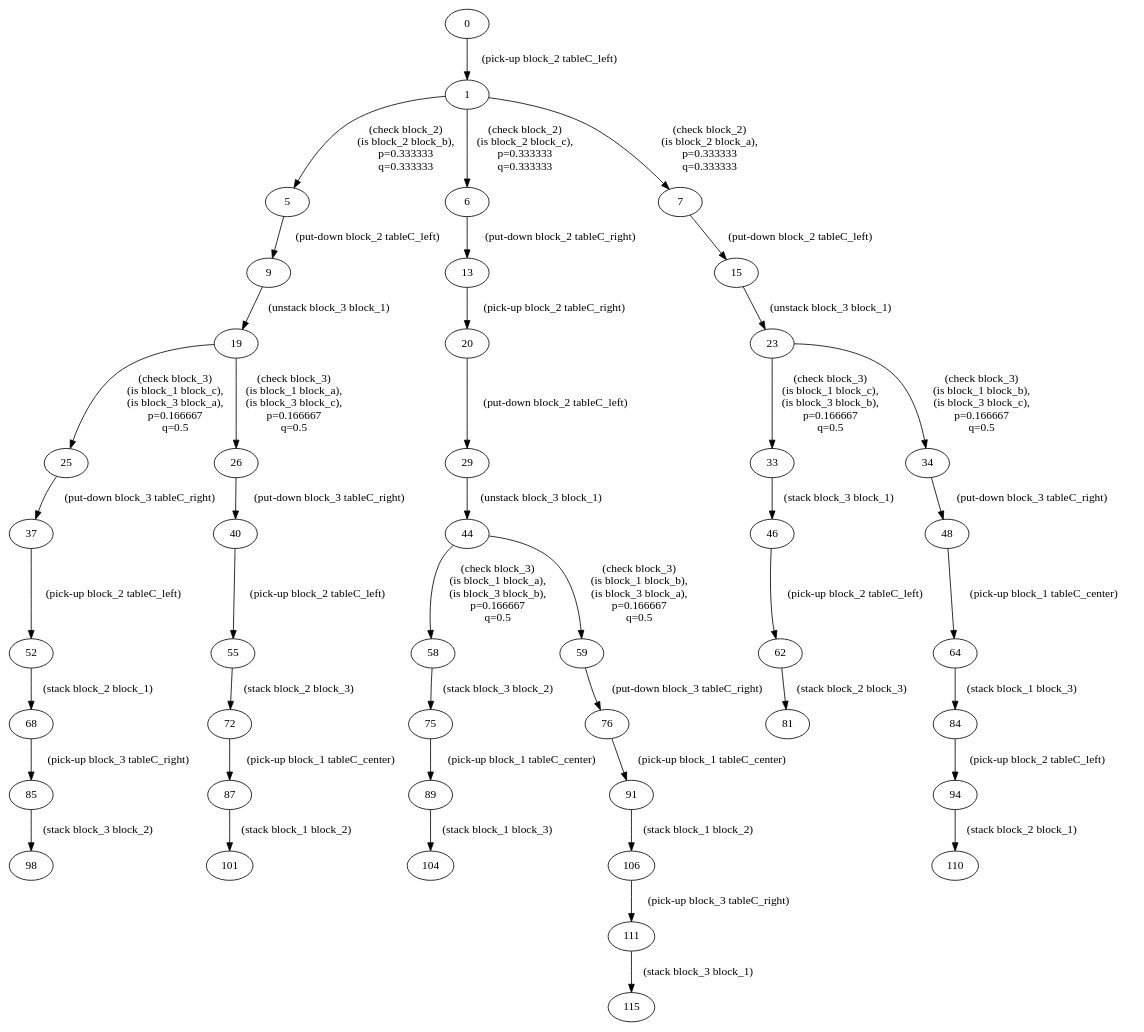
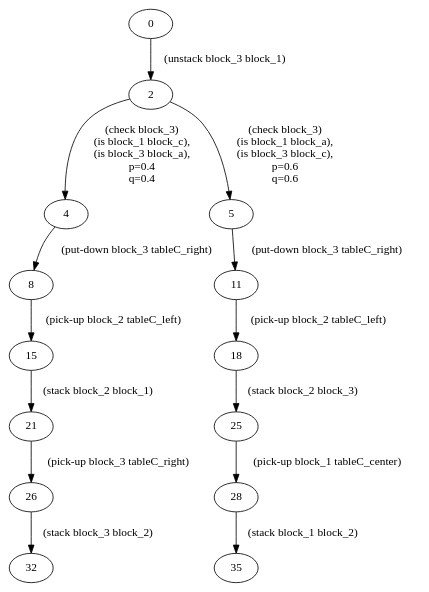
One commit to cambyse/PO-LGP changed the diagram in share/projects/17-camille-obsTask/apps/lgp-tree-po-blocks_mlr/policy-0.gv. Above: the diagram before and after it, drawn with Graphviz. The commit also changed 6 other files, not shown here.

```diff
--- a/share/projects/17-camille-obsTask/apps/lgp-tree-po-blocks_mlr/policy-0.gv
+++ b/share/projects/17-camille-obsTask/apps/lgp-tree-po-blocks_mlr/policy-0.gv
@@ -1,79 +1,23 @@
 digraph g{
-0->1 [ label="(pick-up block_2 tableC_left)" ];
-1->5 [ label="(check block_2)
-(is block_2 block_b),
-p=0.333333
-q=0.333333" ];
-5->9 [ label="(put-down block_2 tableC_left)" ];
-9->19 [ label="(unstack block_3 block_1)" ];
-19->25 [ label="(check block_3)
+0->2 [ label="(unstack block_3 block_1)" ];
+2->4 [ label="(check block_3)
 (is block_1 block_c),
 (is block_3 block_a),
-p=0.166667
-q=0.5" ];
-25->37 [ label="(put-down block_3 tableC_right)" ];
-37->52 [ label="(pick-up block_2 tableC_left)" ];
-52->68 [ label="(stack block_2 block_1)" ];
-68->85 [ label="(pick-up block_3 tableC_right)" ];
-85->98 [ label="(stack block_3 block_2)" ];
-19->26 [ label="(check block_3)
+p=0.4
+q=0.4" ];
+4->8 [ label="(put-down block_3 tableC_right)" ];
+8->15 [ label="(pick-up block_2 tableC_left)" ];
+15->21 [ label="(stack block_2 block_1)" ];
+21->26 [ label="(pick-up block_3 tableC_right)" ];
+26->32 [ label="(stack block_3 block_2)" ];
+2->5 [ label="(check block_3)
 (is block_1 block_a),
 (is block_3 block_c),
-p=0.166667
-q=0.5" ];
-26->40 [ label="(put-down block_3 tableC_right)" ];
-40->55 [ label="(pick-up block_2 tableC_left)" ];
-55->72 [ label="(stack block_2 block_3)" ];
-72->87 [ label="(pick-up block_1 tableC_center)" ];
-87->101 [ label="(stack block_1 block_2)" ];
-1->6 [ label="(check block_2)
-(is block_2 block_c),
-p=0.333333
-q=0.333333" ];
-6->13 [ label="(put-down block_2 tableC_right)" ];
-13->20 [ label="(pick-up block_2 tableC_right)" ];
-20->29 [ label="(put-down block_2 tableC_left)" ];
-29->44 [ label="(unstack block_3 block_1)" ];
-44->58 [ label="(check block_3)
-(is block_1 block_a),
-(is block_3 block_b),
-p=0.166667
-q=0.5" ];
-58->75 [ label="(stack block_3 block_2)" ];
-75->89 [ label="(pick-up block_1 tableC_center)" ];
-89->104 [ label="(stack block_1 block_3)" ];
-44->59 [ label="(check block_3)
-(is block_1 block_b),
-(is block_3 block_a),
-p=0.166667
-q=0.5" ];
-59->76 [ label="(put-down block_3 tableC_right)" ];
-76->91 [ label="(pick-up block_1 tableC_center)" ];
-91->106 [ label="(stack block_1 block_2)" ];
-106->111 [ label="(pick-up block_3 tableC_right)" ];
-111->115 [ label="(stack block_3 block_1)" ];
-1->7 [ label="(check block_2)
-(is block_2 block_a),
-p=0.333333
-q=0.333333" ];
-7->15 [ label="(put-down block_2 tableC_left)" ];
-15->23 [ label="(unstack block_3 block_1)" ];
-23->33 [ label="(check block_3)
-(is block_1 block_c),
-(is block_3 block_b),
-p=0.166667
-q=0.5" ];
-33->46 [ label="(stack block_3 block_1)" ];
-46->62 [ label="(pick-up block_2 tableC_left)" ];
-62->81 [ label="(stack block_2 block_3)" ];
-23->34 [ label="(check block_3)
-(is block_1 block_b),
-(is block_3 block_c),
-p=0.166667
-q=0.5" ];
-34->48 [ label="(put-down block_3 tableC_right)" ];
-48->64 [ label="(pick-up block_1 tableC_center)" ];
-64->84 [ label="(stack block_1 block_3)" ];
-84->94 [ label="(pick-up block_2 tableC_left)" ];
-94->110 [ label="(stack block_2 block_1)" ];
+p=0.6
+q=0.6" ];
+5->11 [ label="(put-down block_3 tableC_right)" ];
+11->18 [ label="(pick-up block_2 tableC_left)" ];
+18->25 [ label="(stack block_2 block_3)" ];
+25->28 [ label="(pick-up block_1 tableC_center)" ];
+28->35 [ label="(stack block_1 block_2)" ];
 }
```
